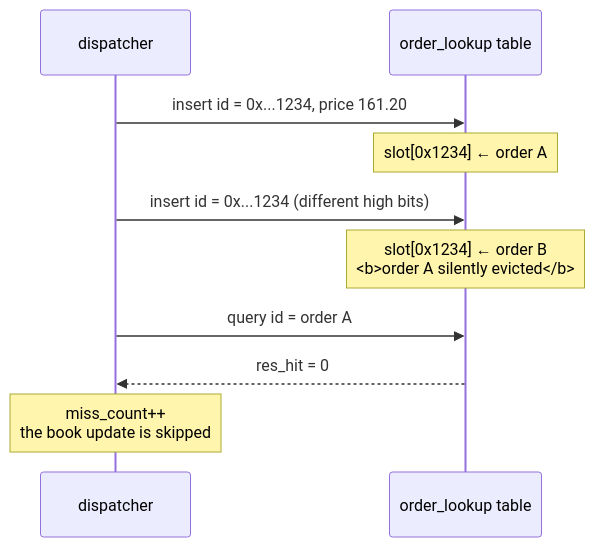
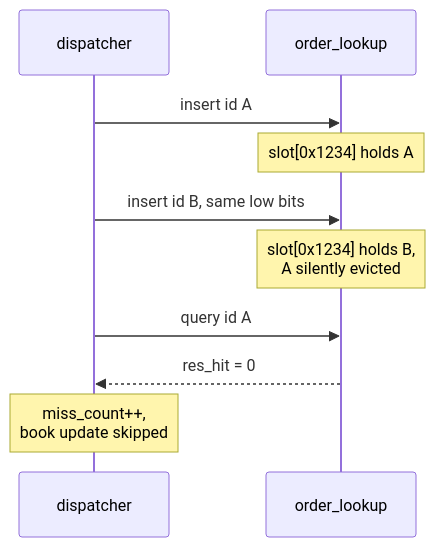
One commit to Rushmello369/fpga-feed-handler changed the fourth of 5 diagrams in docs/diagrams/order_lookup.md. Above: the diagram before and after it, drawn with Mermaid. The commit also changed other lines of this file and 12 other files, not shown here.

Commit message:
add diagrams for system and module architectures

````diff
--- a/docs/diagrams/order_lookup.md
+++ b/docs/diagrams/order_lookup.md
@@ -104,13 +72,13 @@
 ```mermaid
 sequenceDiagram
     participant D as dispatcher
-    participant T as order_lookup table
+    participant T as order_lookup
 
-    D->>T: insert id = 0x...1234, price 161.20
-    Note over T: slot[0x1234] ← order A
-    D->>T: insert id = 0x...1234 (different high bits)
-    Note over T: slot[0x1234] ← order B<br/><b>order A silently evicted</b>
-    D->>T: query id = order A
+    D->>T: insert id A
+    Note over T: slot[0x1234] holds A
+    D->>T: insert id B, same low bits
+    Note over T: slot[0x1234] holds B,<br/>A silently evicted
+    D->>T: query id A
     T-->>D: res_hit = 0
-    Note over D: miss_count++<br/>the book update is skipped
+    Note over D: miss_count++,<br/>book update skipped
 ```
````
